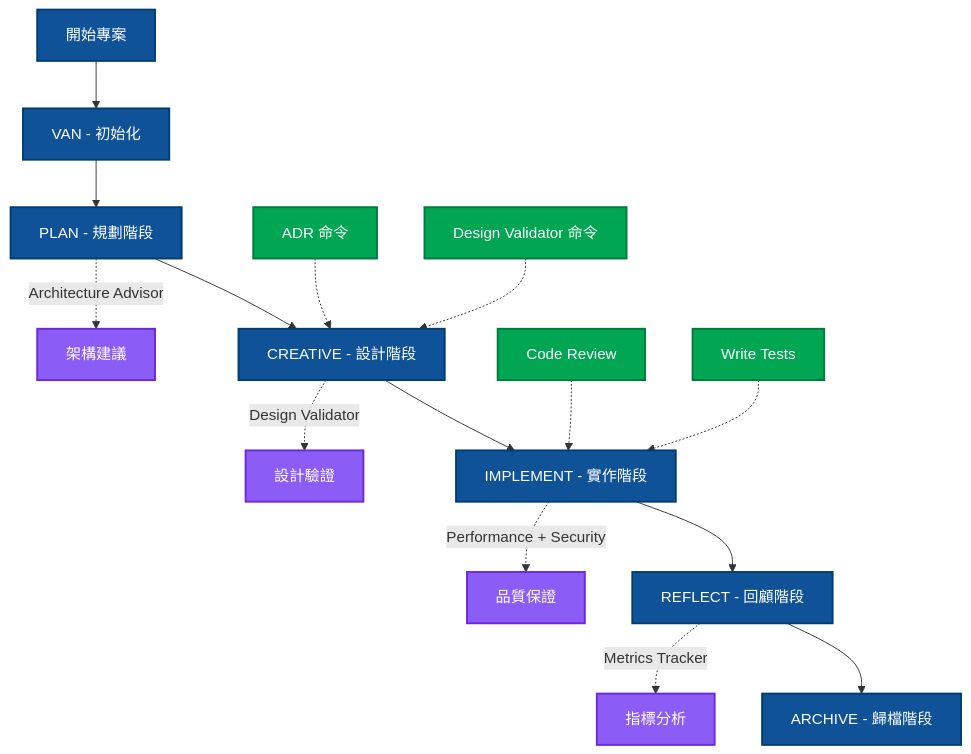
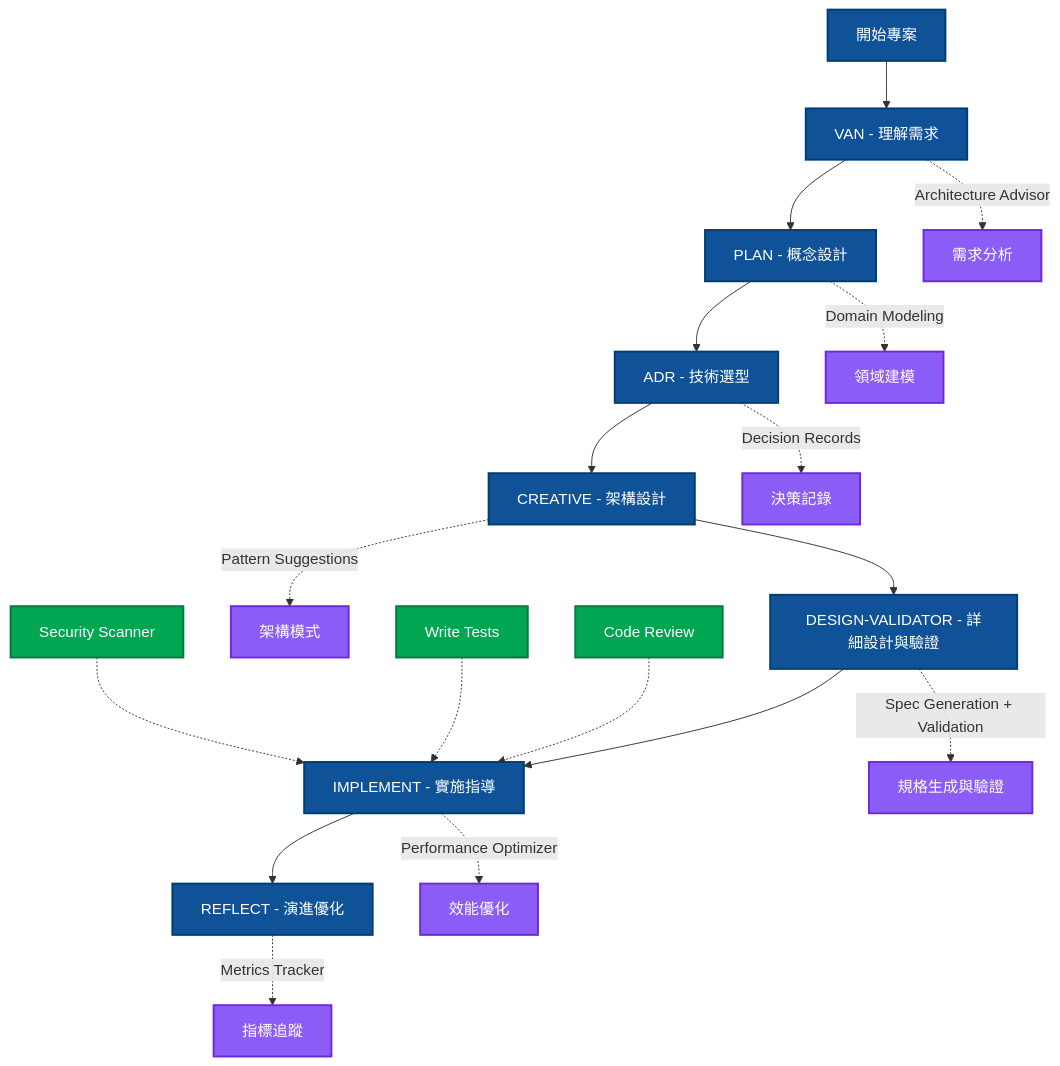
One commit to Zenobia000/ai-agentic-coding-template_unified changed the first of 2 diagrams in AI_WORKFLOW.md. Above: the diagram before and after it, drawn with Mermaid. The commit also changed other lines of this file and 2 other files, not shown here.

First line of the commit message:
refactor: align all documentation with unified seven-step architecture workflow

````diff
--- a/AI_WORKFLOW.md
+++ b/AI_WORKFLOW.md
@@ -90,30 +91,33 @@
 ```mermaid
 graph TD
-    A[開始專案] --> B[VAN - 初始化]
-    B --> C[PLAN - 規劃階段]
-    C --> D[CREATIVE - 設計階段]
-    D --> E[IMPLEMENT - 實作階段]
-    E --> F[REFLECT - 回顧階段]
-    F --> G[ARCHIVE - 歸檔階段]
+    A[開始專案] --> B[VAN - 理解需求]
+    B --> C[PLAN - 概念設計]
+    C --> D[ADR - 技術選型]
+    D --> E[CREATIVE - 架構設計]
+    E --> F[DESIGN-VALIDATOR - 詳細設計與驗證]
+    F --> G[IMPLEMENT - 實施指導]
+    G --> H[REFLECT - 演進優化]
 
     %% AI 代理增強
-    C -.->|Architecture Advisor| C1[架構建議]
-    D -.->|Design Validator| D1[設計驗證]
-    E -.->|Performance + Security| E1[品質保證]
-    F -.->|Metrics Tracker| F1[指標分析]
+    B -.->|Architecture Advisor| B1[需求分析]
+    C -.->|Domain Modeling| C1[領域建模]
+    D -.->|Decision Records| D1[決策記錄]
+    E -.->|Pattern Suggestions| E1[架構模式]
+    F -.->|Spec Generation + Validation| F1[規格生成與驗證]
+    G -.->|Performance Optimizer| G1[效能優化]
+    H -.->|Metrics Tracker| H1[指標追蹤]
 
     %% 輔助工具
-    H[ADR 命令] -.-> D
-    I[Design Validator 命令] -.-> D
-    J[Code Review] -.-> E
-    K[Write Tests] -.-> E
+    I[Code Review] -.-> G
+    J[Write Tests] -.-> G
+    K[Security Scanner] -.-> G
 
     %% 樣式定義
     classDef workflow fill:#0f5298,stroke:#003d71,stroke-width:2px,color:#ffffff
     classDef aiAgent fill:#8b5cf6,stroke:#6d28d9,stroke-width:2px,color:#ffffff
     classDef utility fill:#00a651,stroke:#007a3d,stroke-width:2px,color:#ffffff
 
-    class A,B,C,D,E,F,G workflow
-    class C1,D1,E1,F1 aiAgent
-    class H,I,J,K utility
+    class A,B,C,D,E,F,G,H workflow
+    class B1,C1,D1,E1,F1,G1,H1 aiAgent
+    class I,J,K utility
 ```
````
